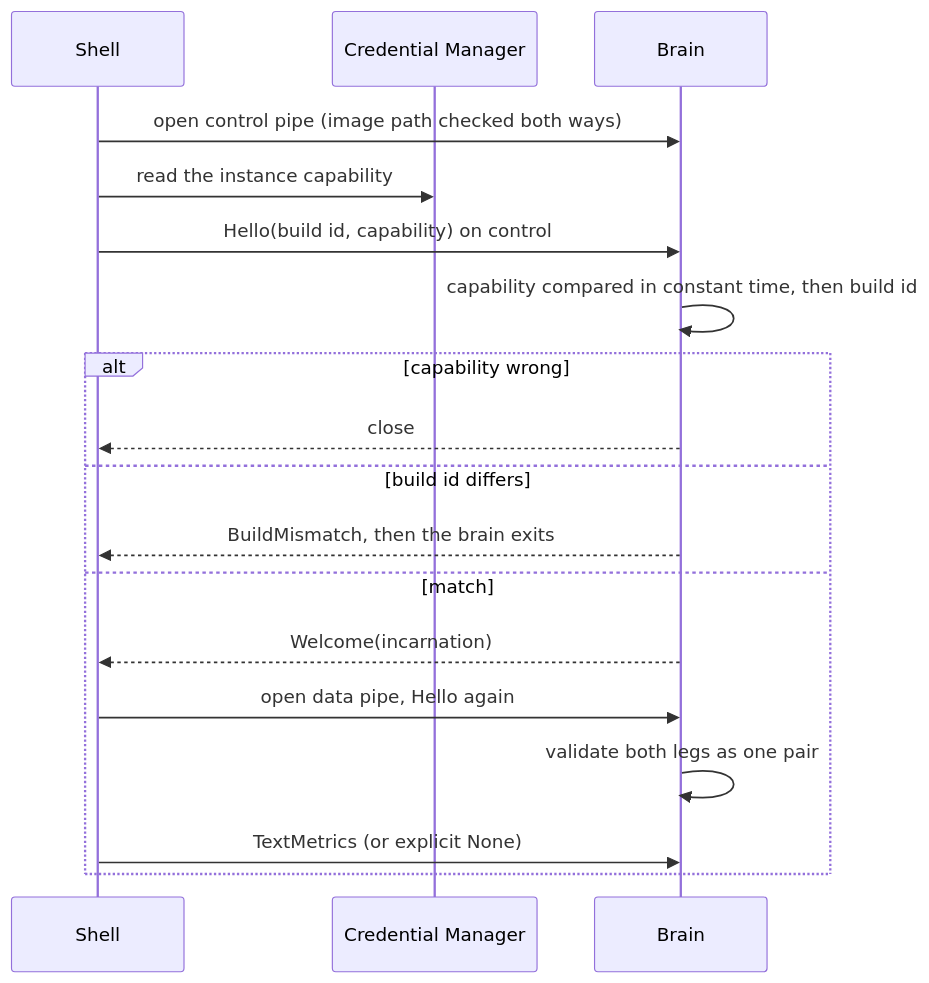
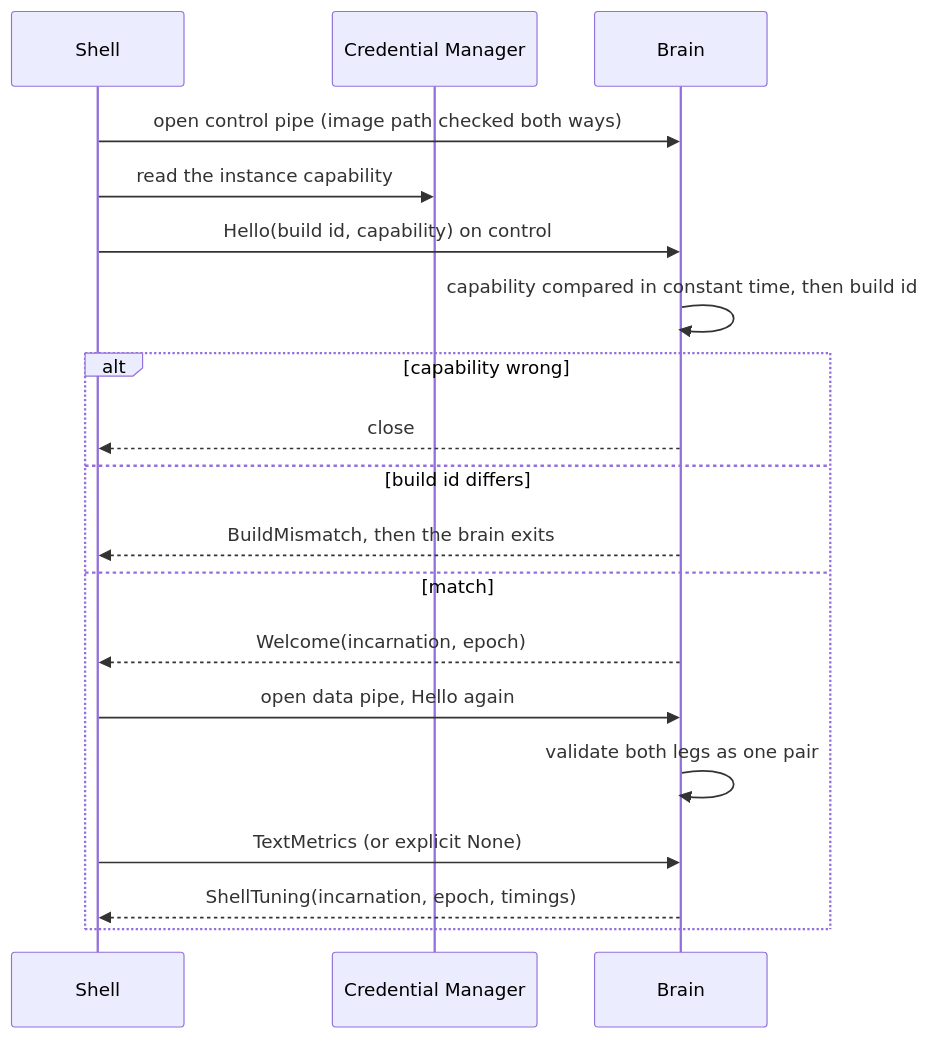
Before and after one commit to labcoder/capsula: the first of 4 diagrams in docs/development/ipc.md, drawn with Mermaid. The commit also changed other lines of this file and 28 other files, not shown here.

Commit message:
feat(ipc): require a paired shell tuning snapshot

````diff
--- a/docs/development/ipc.md
+++ b/docs/development/ipc.md
@@ -356,20 +357,21 @@
 ```mermaid
 sequenceDiagram
   participant S as Shell
   participant CM as Credential Manager
   participant B as Brain
   S->>B: open control pipe (image path checked both ways)
   S->>CM: read the instance capability
   S->>B: Hello(build id, capability) on control
   B->>B: capability compared in constant time, then build id
   alt capability wrong
     B-->>S: close
   else build id differs
     B-->>S: BuildMismatch, then the brain exits
   else match
-    B-->>S: Welcome(incarnation)
+    B-->>S: Welcome(incarnation, epoch)
     S->>B: open data pipe, Hello again
     B->>B: validate both legs as one pair
     S->>B: TextMetrics (or explicit None)
+    B-->>S: ShellTuning(incarnation, epoch, timings)
   end
 ```
````
